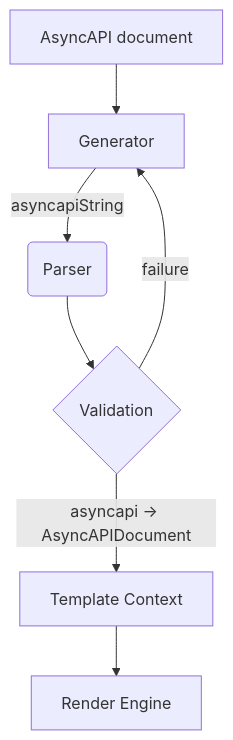
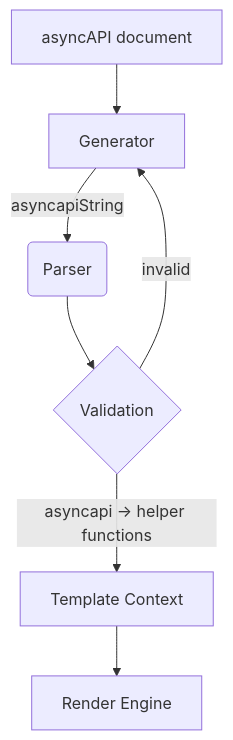
The diagram in docs/parser.md (asyncapi/generator), drawn with Mermaid before and after one commit. The commit also changed other lines of this file, not shown here.

Commit message:
fixes in the diagram and steps

````diff
--- a/docs/parser.md
+++ b/docs/parser.md
@@ -83,9 +83,9 @@
 ```mermaid
 graph TD
-    A[AsyncAPI document] --> B
+    A[asyncAPI document] --> B
     B[Generator] -->|asyncapiString| C(Parser)
     C --> D{Validation}
-    D -->|failure| B
-    D -->|asyncapi -> AsyncAPIDocument| E[Template Context]
+    D -->|invalid| B
+    D -->|asyncapi -> helper functions| E[Template Context]
     E --> F[Render Engine]
 ```
````
